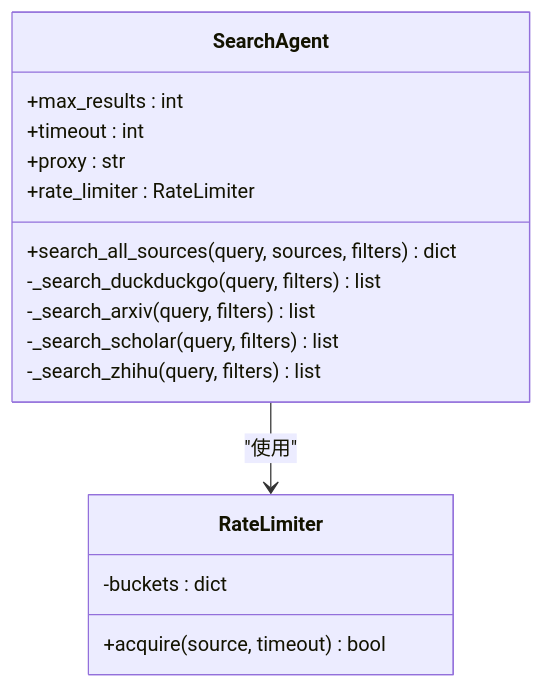
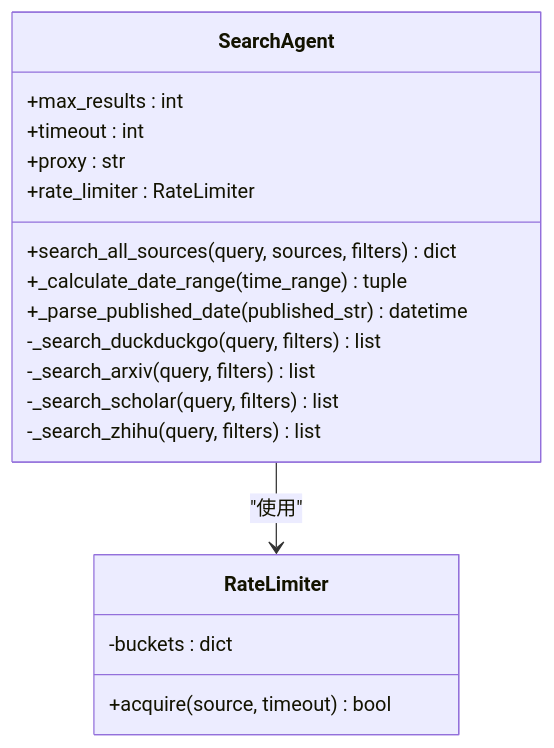
One commit to wangdy21/search_is_all_you_need changed the fifth of 8 diagrams in .qoder/repowiki/zh/content/后端开发指南/服务层架构/搜索服务.md. Above: the diagram before and after it, drawn with Mermaid. The commit also changed other lines of this file and 11 other files, not shown here.

````diff
--- a/.qoder/repowiki/zh/content/后端开发指南/服务层架构/搜索服务.md
+++ b/.qoder/repowiki/zh/content/后端开发指南/服务层架构/搜索服务.md
@@ -201,19 +282,21 @@
 ```mermaid
 classDiagram
 class SearchAgent {
 +max_results : int
 +timeout : int
 +proxy : str
 +rate_limiter : RateLimiter
 +search_all_sources(query, sources, filters) dict
++_calculate_date_range(time_range) tuple
++_parse_published_date(published_str) datetime
 -_search_duckduckgo(query, filters) list
 -_search_arxiv(query, filters) list
 -_search_scholar(query, filters) list
 -_search_zhihu(query, filters) list
 }
 class RateLimiter {
 +acquire(source, timeout) bool
 -buckets : dict
 }
 SearchAgent --> RateLimiter : "使用"
 ```
````
